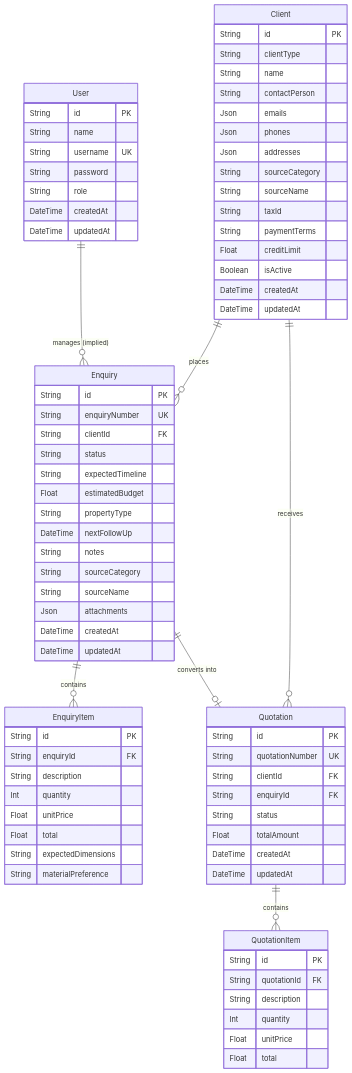
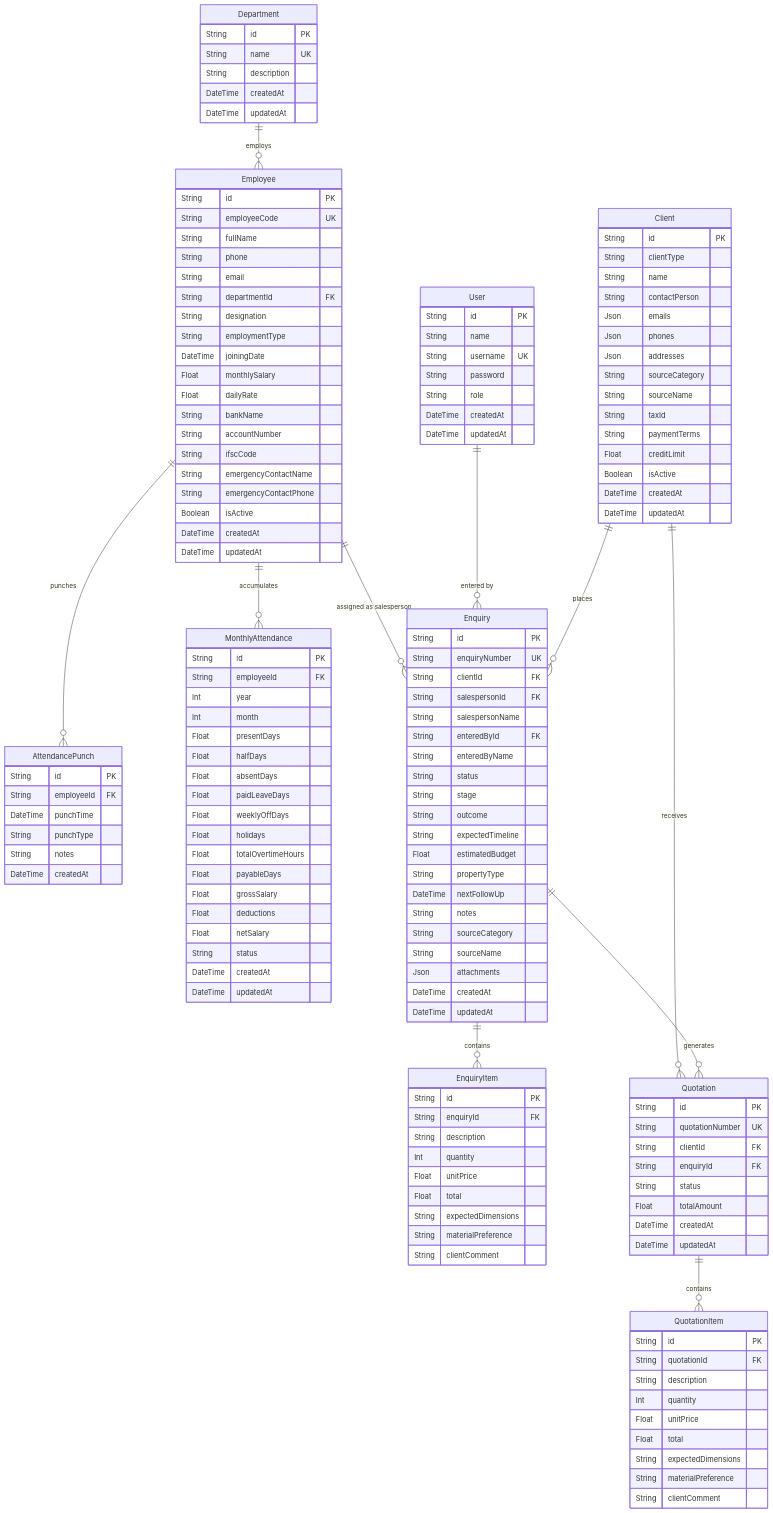
Before and after one commit to AxatChauhan/erp-dfurn: the second of 3 diagrams in docs/SYSTEM_DESIGN.md, drawn with Mermaid. The commit also changed other lines of this file and 59 other files, not shown here.

````diff
--- a/docs/SYSTEM_DESIGN.md
+++ b/docs/SYSTEM_DESIGN.md
@@ -88,6 +96,66 @@
         String username UK
         String password
         String role
+        DateTime createdAt
+        DateTime updatedAt
+    }
+
+    Department {
+        String id PK
+        String name UK
+        String description
+        DateTime createdAt
+        DateTime updatedAt
+    }
+
+    Employee {
+        String id PK
+        String employeeCode UK
+        String fullName
+        String phone
+        String email
+        String departmentId FK
+        String designation
+        String employmentType
+        DateTime joiningDate
+        Float monthlySalary
+        Float dailyRate
+        String bankName
+        String accountNumber
+        String ifscCode
+        String emergencyContactName
+        String emergencyContactPhone
+        Boolean isActive
+        DateTime createdAt
+        DateTime updatedAt
+    }
+
+    AttendancePunch {
+        String id PK
+        String employeeId FK
+        DateTime punchTime
+        String punchType
+        String notes
+        DateTime createdAt
+    }
+
+    MonthlyAttendance {
+        String id PK
+        String employeeId FK
+        Int year
+        Int month
+        Float presentDays
+        Float halfDays
+        Float absentDays
+        Float paidLeaveDays
+        Float weeklyOffDays
+        Float holidays
+        Float totalOvertimeHours
+        Float payableDays
+        Float grossSalary
+        Float deductions
+        Float netSalary
+        String status
         DateTime createdAt
         DateTime updatedAt
     }
@@ -114,7 +182,13 @@
         String id PK
         String enquiryNumber UK
         String clientId FK
+        String salespersonId FK
+        String salespersonName
+        String enteredById FK
+        String enteredByName
         String status
+        String stage
+        String outcome
         String expectedTimeline
         Float estimatedBudget
         String propertyType
@@ -136,6 +210,7 @@
         Float total
         String expectedDimensions
         String materialPreference
+        String clientComment
     }
 
     Quotation {
@@ -156,12 +231,19 @@
         Int quantity
         Float unitPrice
         Float total
+        String expectedDimensions
+        String materialPreference
+        String clientComment
     }
 
-    User ||--o{ Enquiry : "manages (implied)"
+    Department ||--o{ Employee : "employs"
+    Employee ||--o{ Enquiry : "assigned as salesperson"
+    Employee ||--o{ AttendancePunch : "punches"
+    Employee ||--o{ MonthlyAttendance : "accumulates"
+    User ||--o{ Enquiry : "entered by"
     Client ||--o{ Enquiry : "places"
     Client ||--o{ Quotation : "receives"
     Enquiry ||--o{ EnquiryItem : "contains"
-    Enquiry ||--o| Quotation : "converts into"
+    Enquiry ||--o{ Quotation : "generates"
     Quotation ||--o{ QuotationItem : "contains"
 ```
````
